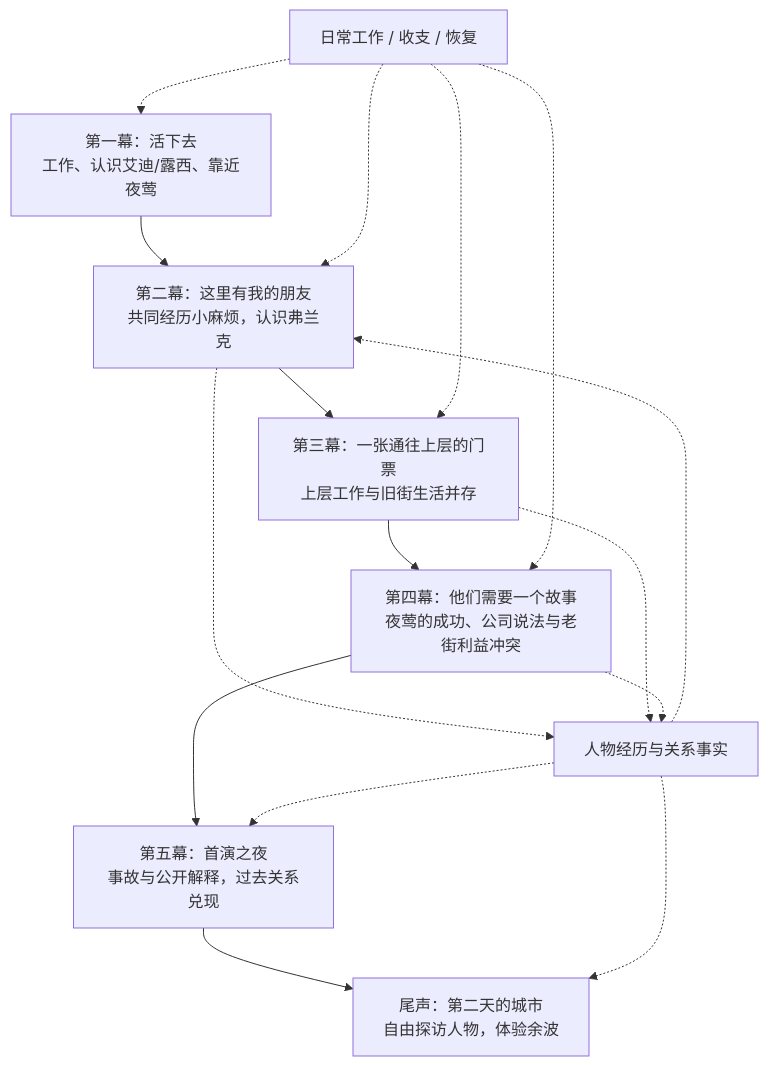
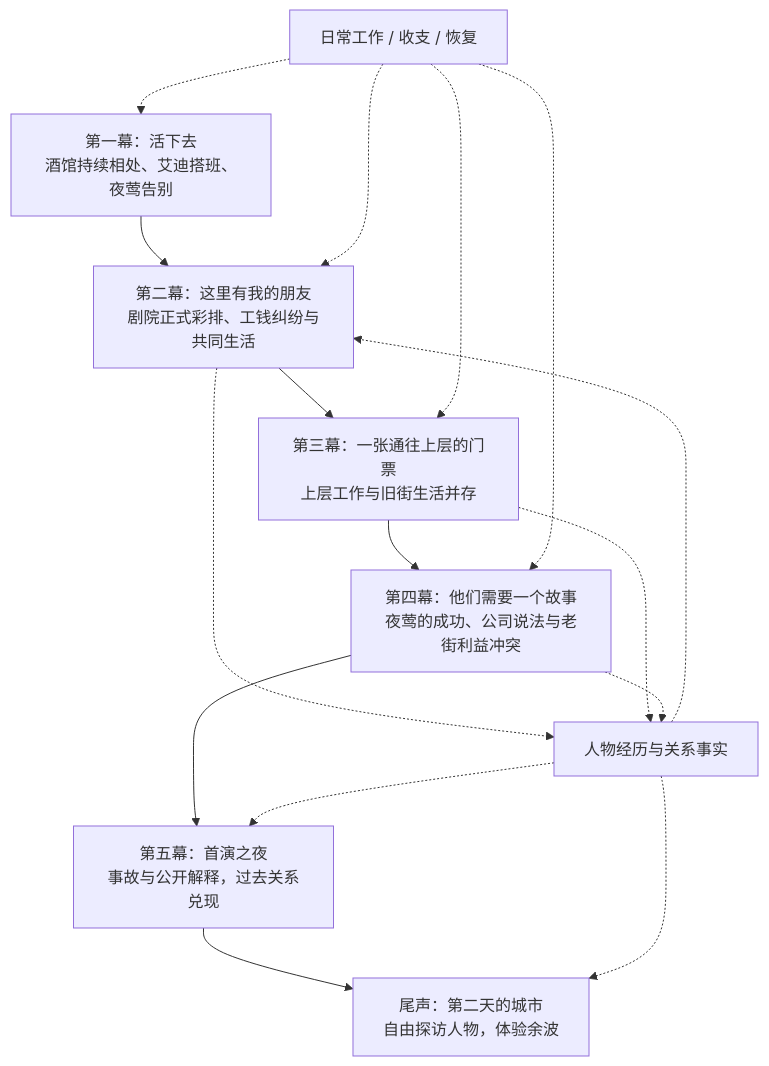
The first of 3 diagrams in docs/章节内容手稿/第一章_人物与交锋设计/00_第一章总纲_这座城里的人.md (guopanqi/ssnoir), drawn with Mermaid before and after one commit. The commit also changed other lines of this file, not shown here.

````diff
--- a/docs/章节内容手稿/第一章_人物与交锋设计/00_第一章总纲_这座城里的人.md
+++ b/docs/章节内容手稿/第一章_人物与交锋设计/00_第一章总纲_这座城里的人.md
@@ -34,21 +34,21 @@
 ```mermaid
 flowchart TD
-    A["第一幕：活下去<br/>工作、认识艾迪/露西、靠近夜莺"]
-    B["第二幕：这里有我的朋友<br/>共同经历小麻烦，认识弗兰克"]
+    A["第一幕：活下去<br/>酒馆持续相处、艾迪搭班、夜莺告别"]
+    B["第二幕：这里有我的朋友<br/>剧院正式彩排、工钱纠纷与共同生活"]
     C["第三幕：一张通往上层的门票<br/>上层工作与旧街生活并存"]
     D["第四幕：他们需要一个故事<br/>夜莺的成功、公司说法与老街利益冲突"]
     E["第五幕：首演之夜<br/>事故与公开解释，过去关系兑现"]
     F["尾声：第二天的城市<br/>自由探访人物，体验余波"]
     A --> B --> C --> D --> E --> F
 
     G["日常工作 / 收支 / 恢复"] -.-> A
     G -.-> B
     G -.-> C
     G -.-> D
     H["人物经历与关系事实"] -.-> B
     B -.-> H
     C -.-> H
     D -.-> H
     H -.-> E
     H -.-> F
 ```
````
